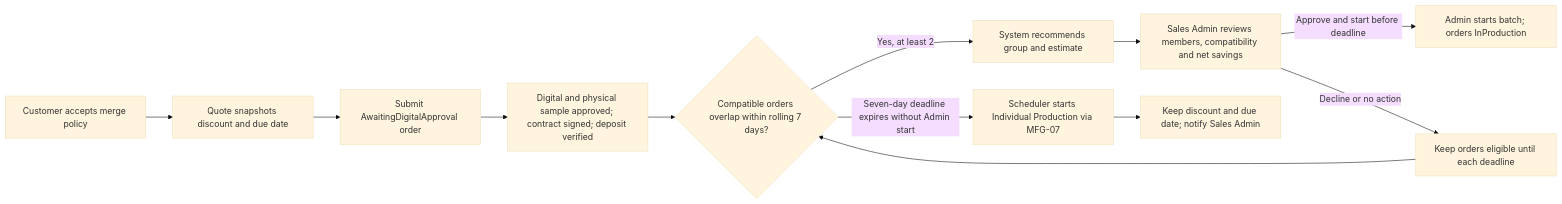
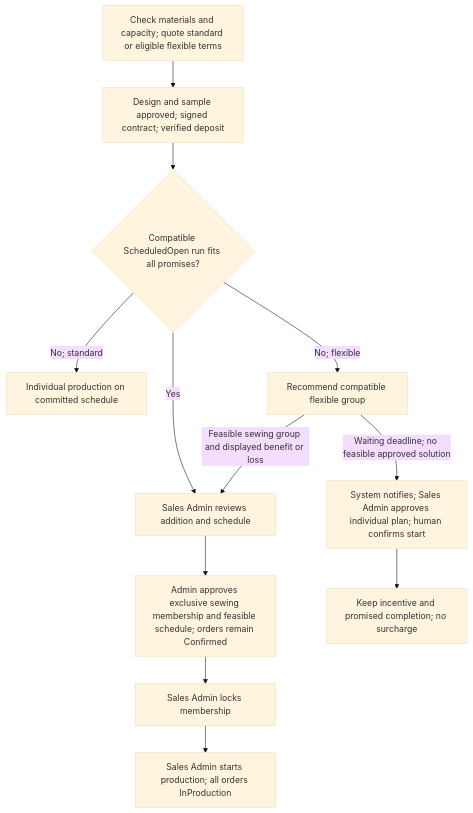
One commit to ankhanhwork/weavelink-project changed the first of 2 diagrams in docs/spec/specs/spec-MFG-10.md. Above: the diagram before and after it, drawn with Mermaid (base theme). The commit also changed other lines of this file and 25 other files, not shown here.

Commit message:
docs: revise MFG-10 flexible production and scheduling policy

````diff
--- a/docs/spec/specs/spec-MFG-10.md
+++ b/docs/spec/specs/spec-MFG-10.md
@@ -69,14 +78,14 @@
 ```mermaid
-flowchart LR
-  OptIn[Customer accepts merge policy] --> Quote[Quote snapshots discount and due date]
-  Quote --> Order[Submit AwaitingDigitalApproval order]
-  Order --> Paid[Digital and physical sample approved; contract signed; deposit verified]
-  Paid --> Window{Compatible orders overlap within rolling 7 days?}
-  Window -->|Yes, at least 2| Candidates[System recommends group and estimate]
-  Candidates --> Review[Sales Admin reviews members, compatibility and net savings]
-  Review -->|Approve and start before deadline| Start[Admin starts batch; orders InProduction]
-  Review -->|Decline or no action| Wait[Keep orders eligible until each deadline]
-  Wait --> Window
-  Window -->|Seven-day deadline expires without Admin start| Fallback[Scheduler starts Individual Production via MFG-07]
-  Fallback --> SameTerms[Keep discount and due date; notify Sales Admin]
+flowchart TD
+  Quote[Check materials and capacity; quote standard or eligible flexible terms] --> Ready[Design and sample approved; signed contract; verified deposit]
+  Ready --> Existing{Compatible ScheduledOpen run fits all promises?}
+  Existing -->|Yes| Review[Sales Admin reviews addition and schedule]
+  Existing -->|No; standard| Individual[Individual production on committed schedule]
+  Existing -->|No; flexible| Pool[Recommend compatible flexible group]
+  Pool -->|Feasible sewing group and displayed benefit or loss| Review
+  Pool -->|Waiting deadline; no feasible approved solution| Fallback[System notifies; Sales Admin approves individual plan; human confirms start]
+  Review --> Approve[Admin approves exclusive sewing membership and feasible schedule; orders remain Confirmed]
+  Approve --> Lock[Sales Admin locks membership]
+  Lock --> Start[Sales Admin starts production; all orders InProduction]
+  Fallback --> Terms[Keep incentive and promised completion; no surcharge]
 ```
````
